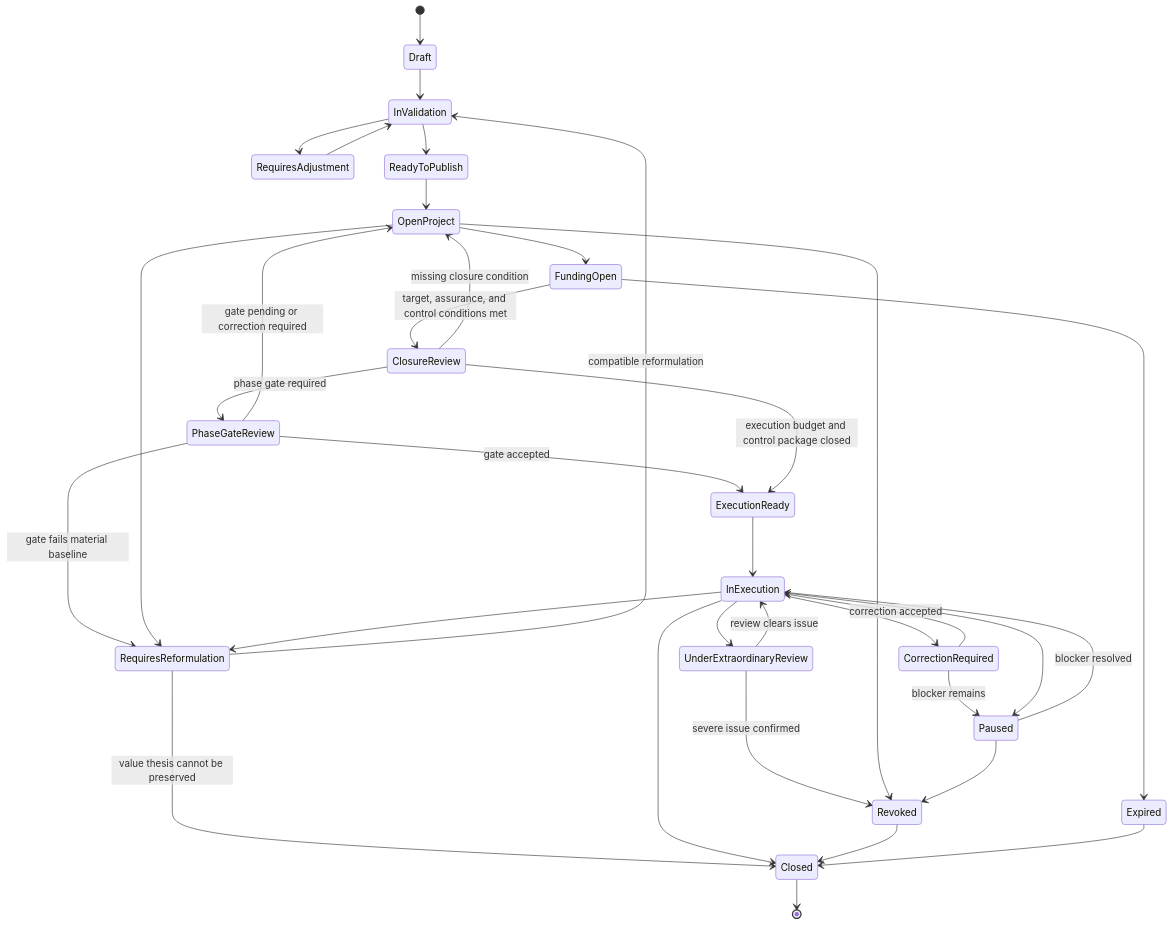
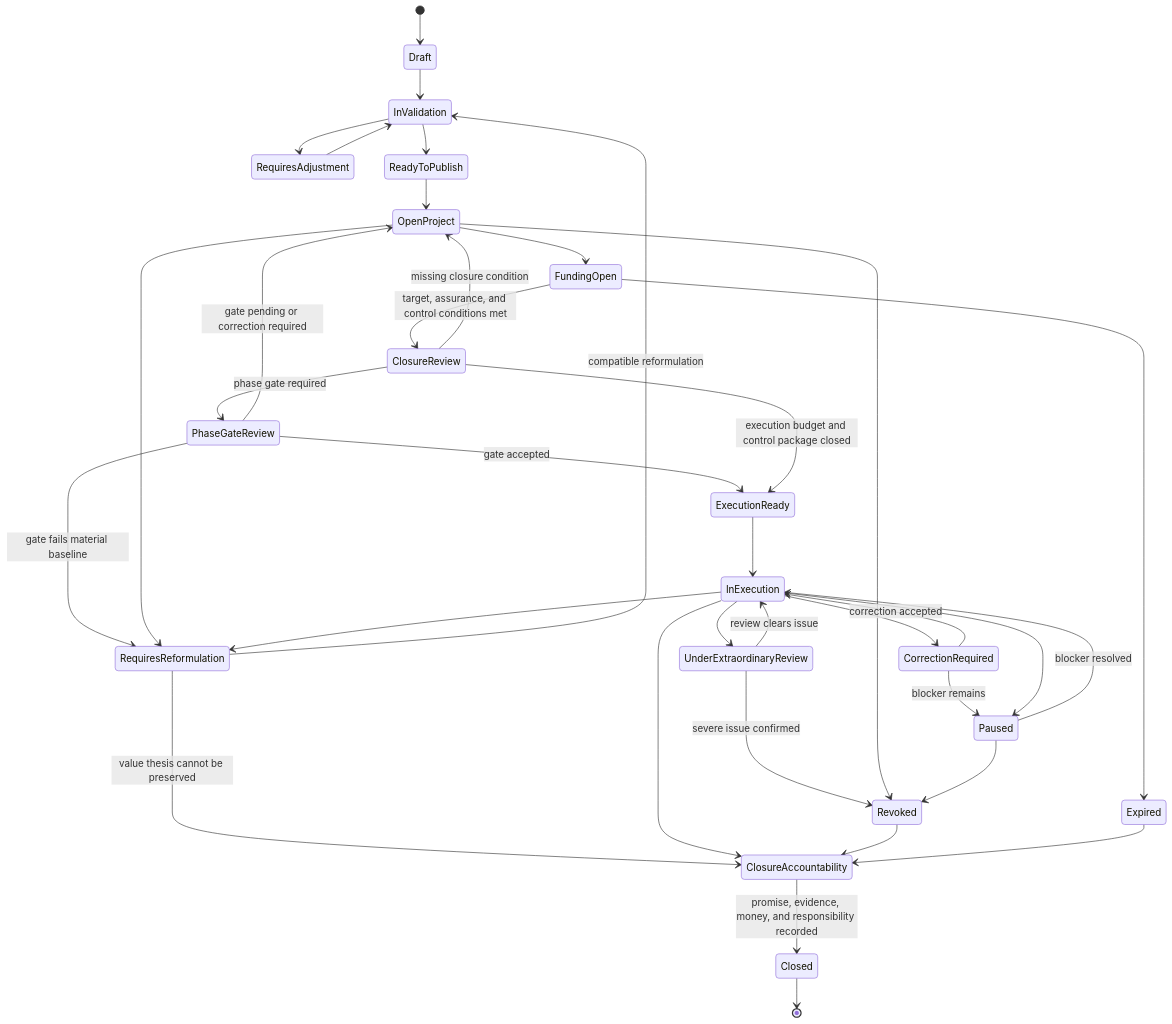
The diagram in docs/diagrams/v0-project-lifecycle-state.md (moffermann/distributed-governance-research), drawn with Mermaid before and after one commit. The commit also changed other lines of this file and 21 other files, not shown here.

First line of the commit message:
Align H008 accountability closure loop

````diff
--- a/docs/diagrams/v0-project-lifecycle-state.md
+++ b/docs/diagrams/v0-project-lifecycle-state.md
@@ -9,42 +9,43 @@
 ```mermaid
 stateDiagram-v2
     [*] --> Draft
     Draft --> InValidation
     InValidation --> RequiresAdjustment
     RequiresAdjustment --> InValidation
     InValidation --> ReadyToPublish
     ReadyToPublish --> OpenProject
 
     OpenProject --> FundingOpen
     FundingOpen --> ClosureReview: target, assurance, and control conditions met
     ClosureReview --> OpenProject: missing closure condition
     ClosureReview --> PhaseGateReview: phase gate required
     PhaseGateReview --> OpenProject: gate pending or correction required
     PhaseGateReview --> RequiresReformulation: gate fails material baseline
     PhaseGateReview --> ExecutionReady: gate accepted
     ClosureReview --> ExecutionReady: execution budget and control package closed
 
     ExecutionReady --> InExecution
     InExecution --> CorrectionRequired
     CorrectionRequired --> InExecution: correction accepted
     CorrectionRequired --> Paused: blocker remains
     InExecution --> Paused
     Paused --> InExecution: blocker resolved
 
     OpenProject --> RequiresReformulation
     InExecution --> RequiresReformulation
     RequiresReformulation --> InValidation: compatible reformulation
-    RequiresReformulation --> Closed: value thesis cannot be preserved
+    RequiresReformulation --> ClosureAccountability: value thesis cannot be preserved
 
     InExecution --> UnderExtraordinaryReview
     UnderExtraordinaryReview --> InExecution: review clears issue
     UnderExtraordinaryReview --> Revoked: severe issue confirmed
 
     FundingOpen --> Expired
     OpenProject --> Revoked
     Paused --> Revoked
-    InExecution --> Closed
-    Revoked --> Closed
-    Expired --> Closed
+    InExecution --> ClosureAccountability
+    Revoked --> ClosureAccountability
+    Expired --> ClosureAccountability
+    ClosureAccountability --> Closed: promise, evidence, money, and responsibility recorded
     Closed --> [*]
 ```
````
